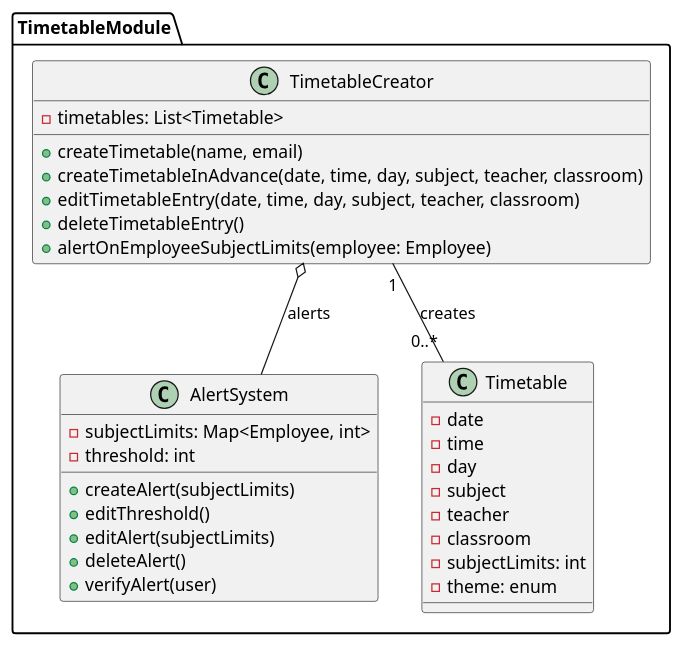
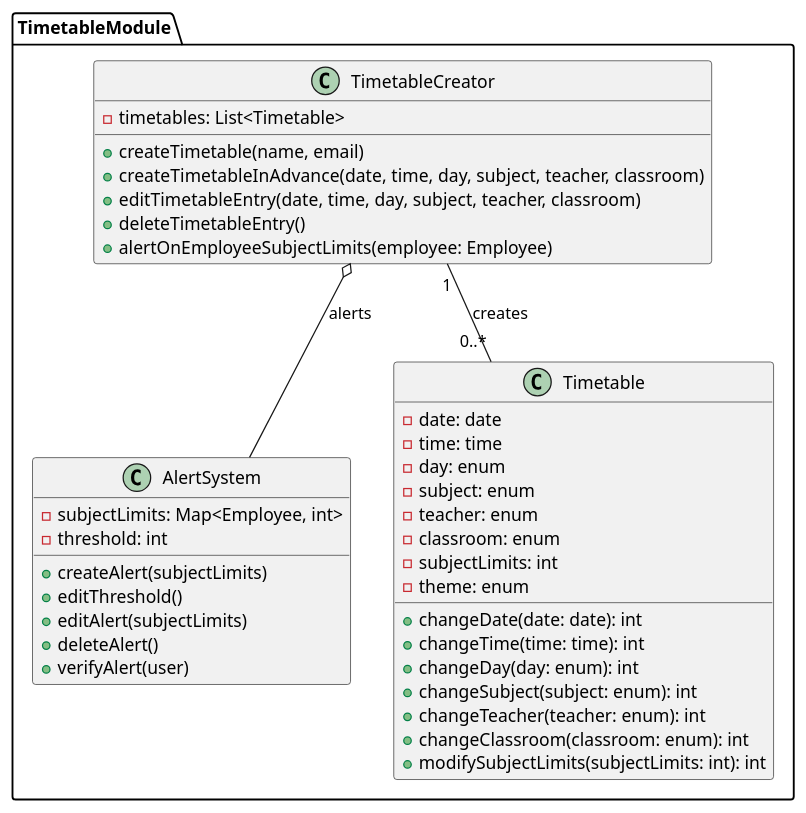
Before and after one commit to anshium/DASS-Assignment-3-IMS-System-Design: the diagram in timetable.plantuml, drawn with PlantUML. The commit also changed 1 other file, not shown here.

```diff
--- a/timetable.plantuml
+++ b/timetable.plantuml
@@ -1,38 +1,47 @@
 @startuml timetable
 package TimetableModule {
     class TimetableCreator {
         - timetables: List<Timetable>
         + createTimetable(name, email)
         + createTimetableInAdvance(date, time, day, subject, teacher, classroom)
         + editTimetableEntry(date, time, day, subject, teacher, classroom)
         + deleteTimetableEntry()
         + alertOnEmployeeSubjectLimits(employee: Employee)
     }
 
     class AlertSystem {
         - subjectLimits: Map<Employee, int>
         - threshold: int
         + createAlert(subjectLimits)
         + editThreshold()
         + editAlert(subjectLimits)
         + deleteAlert()
         + verifyAlert(user)
     }
 
     class Timetable {
-        - date
-        - time
-        - day
-        - subject
-        - teacher
-        - classroom
+        - date: date
+        - time: time
+        - day: enum
+        - subject: enum
+        - teacher: enum
+        - classroom: enum
         - subjectLimits: int
         - theme: enum
+
+        + changeDate(date: date): int
+        + changeTime(time: time): int
+        + changeDay(day: enum): int
+        + changeSubject(subject: enum): int
+        + changeTeacher(teacher: enum): int
+        + changeClassroom(classroom: enum): int
+        + modifySubjectLimits(subjectLimits: int): int
+
     }
 
     TimetableCreator "1" -- "0..*" Timetable : creates
     TimetableCreator o-- AlertSystem : alerts
 
     ' TimetableCreator should know the courses too.
 }
 @enduml
```
